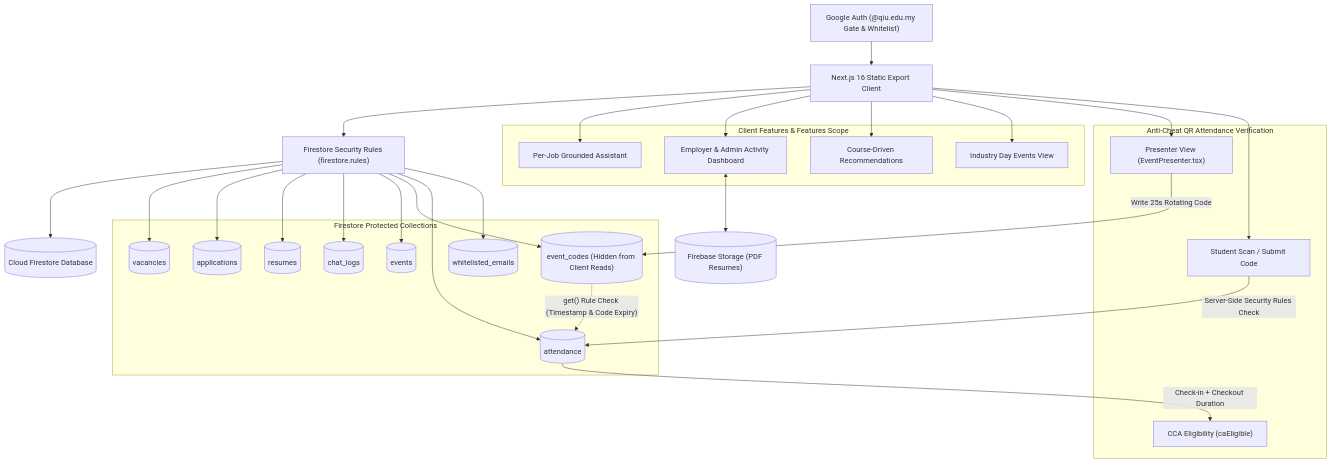
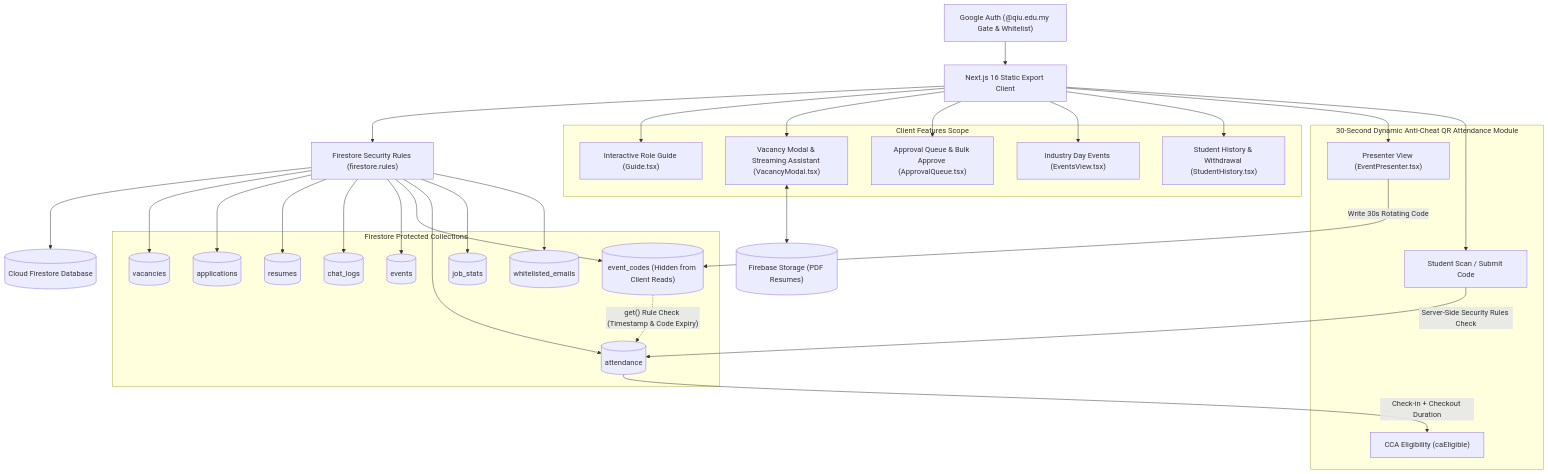
One commit to SooYM/QIU-Industry-Webapp changed the diagram in README.md. Above: the diagram before and after it, drawn with Mermaid. The commit also changed other lines of this file and 2 other files, not shown here.

Commit message:
docs(readme): update documentation for QIU-red branding, role guides, applicant counters, and bulk approvals

````diff
--- a/README.md
+++ b/README.md
@@ -49,48 +66,52 @@
 ```mermaid
 flowchart TD
     Auth["Google Auth (@qiu.edu.my Gate & Whitelist)"] --> Client["Next.js 16 Static Export Client"]
     Client --> Rules["Firestore Security Rules (firestore.rules)"]
     Rules --> Firestore[("Cloud Firestore Database")]
     
     subgraph FirestoreCollections ["Firestore Protected Collections"]
         Vacancies[("vacancies")]
         Applications[("applications")]
         Resumes[("resumes")]
         ChatLogs[("chat_logs")]
         Events[("events")]
         EventCodes[("event_codes (Hidden from Client Reads)")]
         Attendance[("attendance")]
+        JobStats[("job_stats")]
         Whitelist[("whitelisted_emails")]
     end
     
     Rules --> Vacancies
     Rules --> Applications
     Rules --> Resumes
     Rules --> ChatLogs
     Rules --> Events
     Rules --> EventCodes
     Rules --> Attendance
+    Rules --> JobStats
     Rules --> Whitelist
 
-    subgraph LiveAttendanceModule ["Anti-Cheat QR Attendance Verification"]
-        Presenter["Presenter View (EventPresenter.tsx)"] -->|"Write 25s Rotating Code"| EventCodes
+    subgraph LiveAttendanceModule ["30-Second Dynamic Anti-Cheat QR Attendance Module"]
+        Presenter["Presenter View (EventPresenter.tsx)"] -->|"Write 30s Rotating Code"| EventCodes
         Student["Student Scan / Submit Code"] -->|"Server-Side Security Rules Check"| Attendance
         EventCodes -.->|"get() Rule Check (Timestamp & Code Expiry)"| Attendance
         Attendance -->|"Check-in + Checkout Duration"| CCA["CCA Eligibility (caEligible)"]
     end
 
-    subgraph ClientFeatures ["Client Features & Features Scope"]
-        Assistant["Per-Job Grounded Assistant"]
-        Dashboard["Employer & Admin Activity Dashboard"]
-        Recs["Course-Driven Recommendations"]
-        EventsView["Industry Day Events View"]
+    subgraph ClientFeatures ["Client Features Scope"]
+        Guide["Interactive Role Guide (Guide.tsx)"]
+        Modal["Vacancy Modal & Streaming Assistant (VacancyModal.tsx)"]
+        Queue["Approval Queue & Bulk Approve (ApprovalQueue.tsx)"]
+        EventsView["Industry Day Events (EventsView.tsx)"]
+        History["Student History & Withdrawal (StudentHistory.tsx)"]
     end
 
-    Client --> Assistant
-    Client --> Dashboard
-    Client --> Recs
+    Client --> Guide
+    Client --> Modal
+    Client --> Queue
     Client --> EventsView
+    Client --> History
     Client --> Presenter
     Client --> Student
-    Dashboard <--> Storage[("Firebase Storage (PDF Resumes)")]
+    Modal <--> Storage[("Firebase Storage (PDF Resumes)")]
 ```
````
